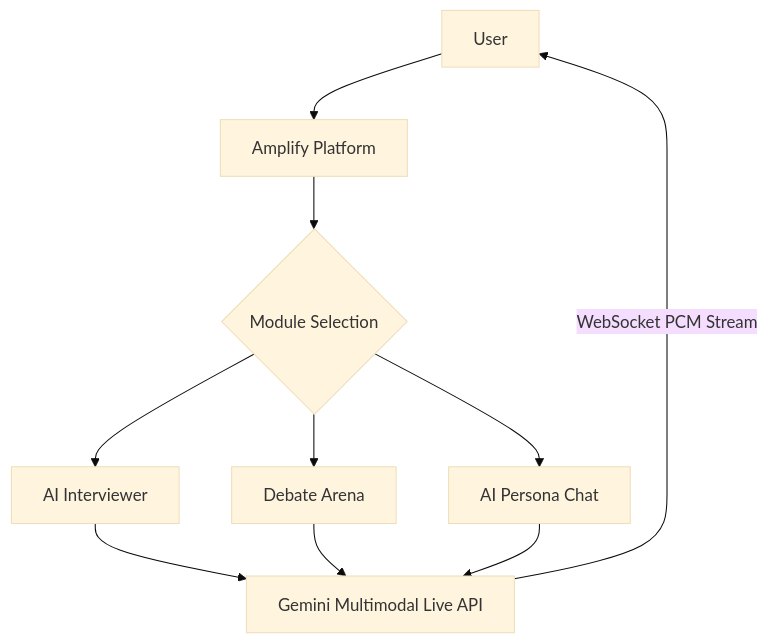
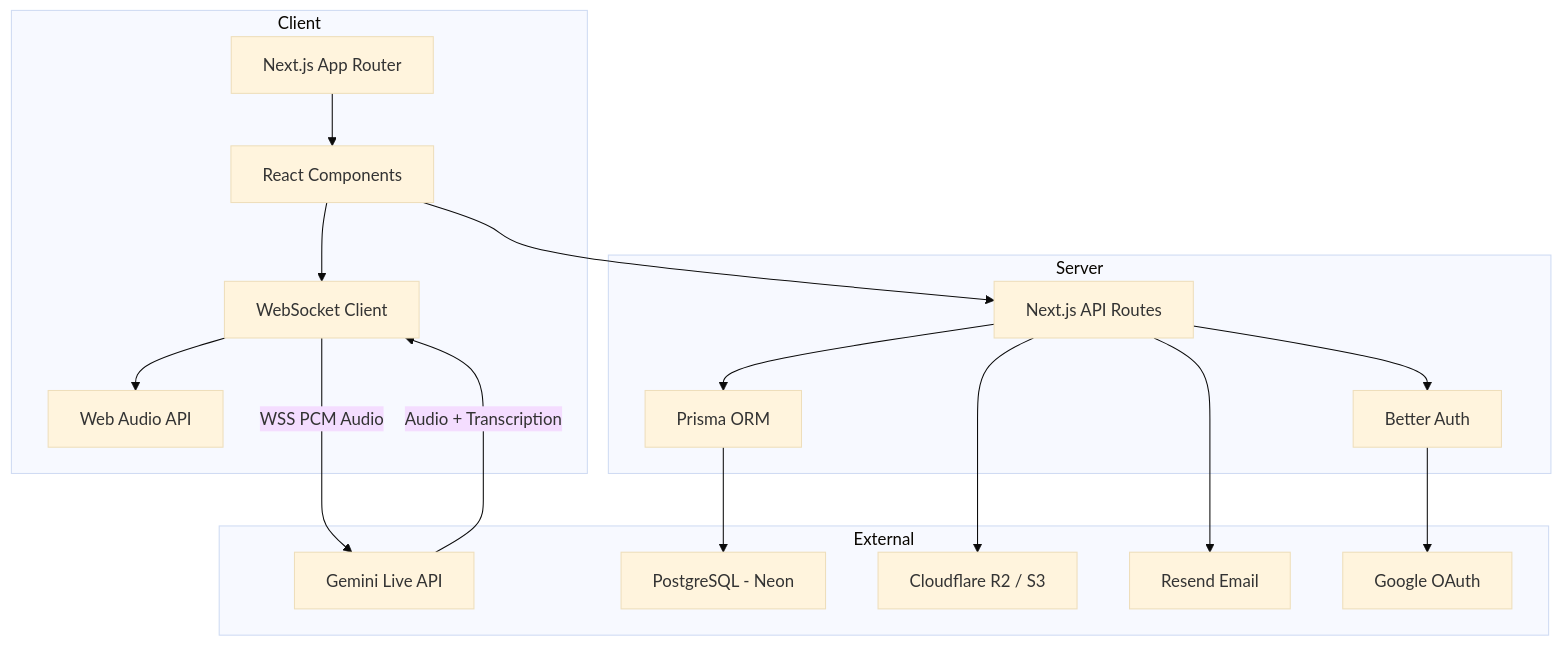
Before and after one commit to lwshakib/amplify-own-your-voice: the first of 3 diagrams in README.md, drawn with Mermaid (base theme). The commit also changed other lines of this file, not shown here.

Commit message:
docs: comprehensive README rewrite with architecture diagrams and full codebase analysis

````diff
--- a/README.md
+++ b/README.md
@@ -45,10 +65,36 @@
 ```mermaid
 graph TD
-    A[User] --> B[Amplify Platform]
-    B --> C{Module Selection}
-    C --> D[AI Interviewer]
-    C --> E[Debate Arena]
-    C --> F[AI Persona Chat]
-    D & E & F --> G[Gemini Multimodal Live API]
-    G -->|WebSocket PCM Stream| A
+    subgraph Client
+        A[Next.js App Router]
+        B[React Components]
+        C[WebSocket Client]
+        D[Web Audio API]
+    end
+
+    subgraph Server
+        E[Next.js API Routes]
+        F[Better Auth]
+        G[Prisma ORM]
+    end
+
+    subgraph External
+        H[Gemini Live API]
+        I[PostgreSQL - Neon]
+        J[Cloudflare R2 / S3]
+        K[Resend Email]
+        L[Google OAuth]
+    end
+
+    A --> B
+    B --> C
+    C -->|WSS PCM Audio| H
+    H -->|Audio + Transcription| C
+    C --> D
+    B --> E
+    E --> F
+    F --> L
+    E --> G
+    G --> I
+    E --> J
+    E --> K
 ```
````
